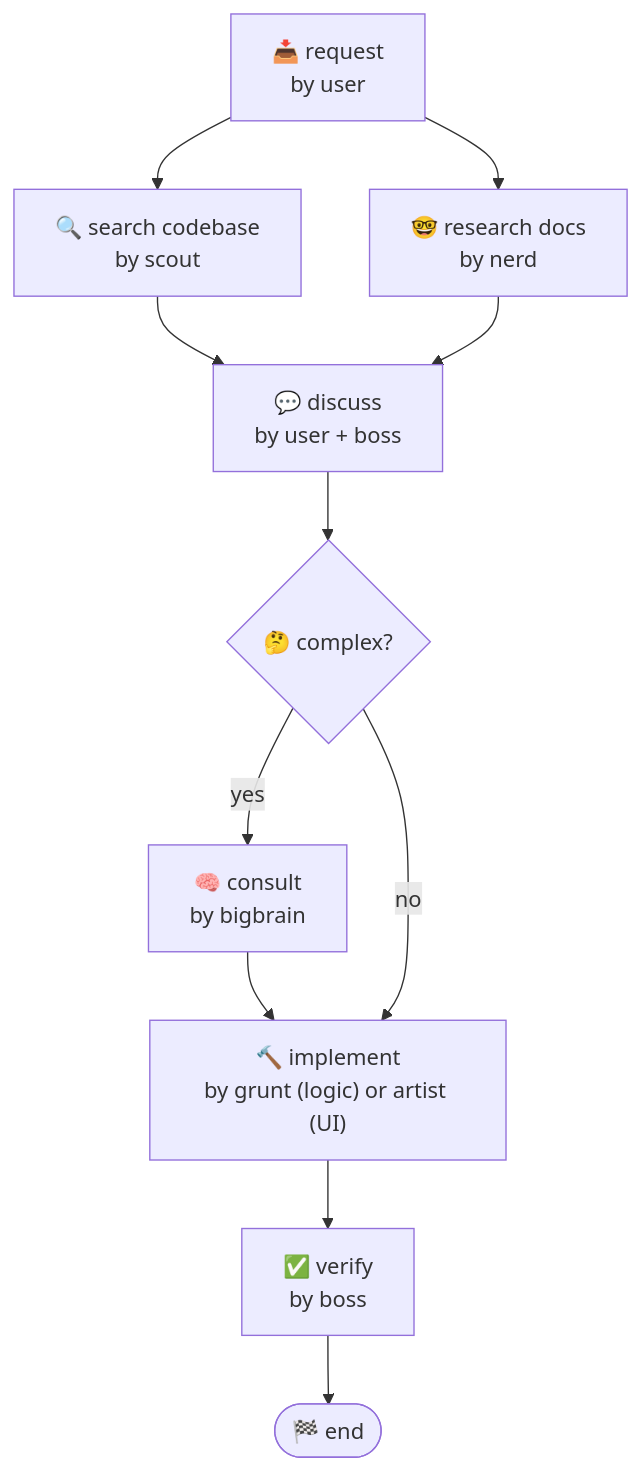
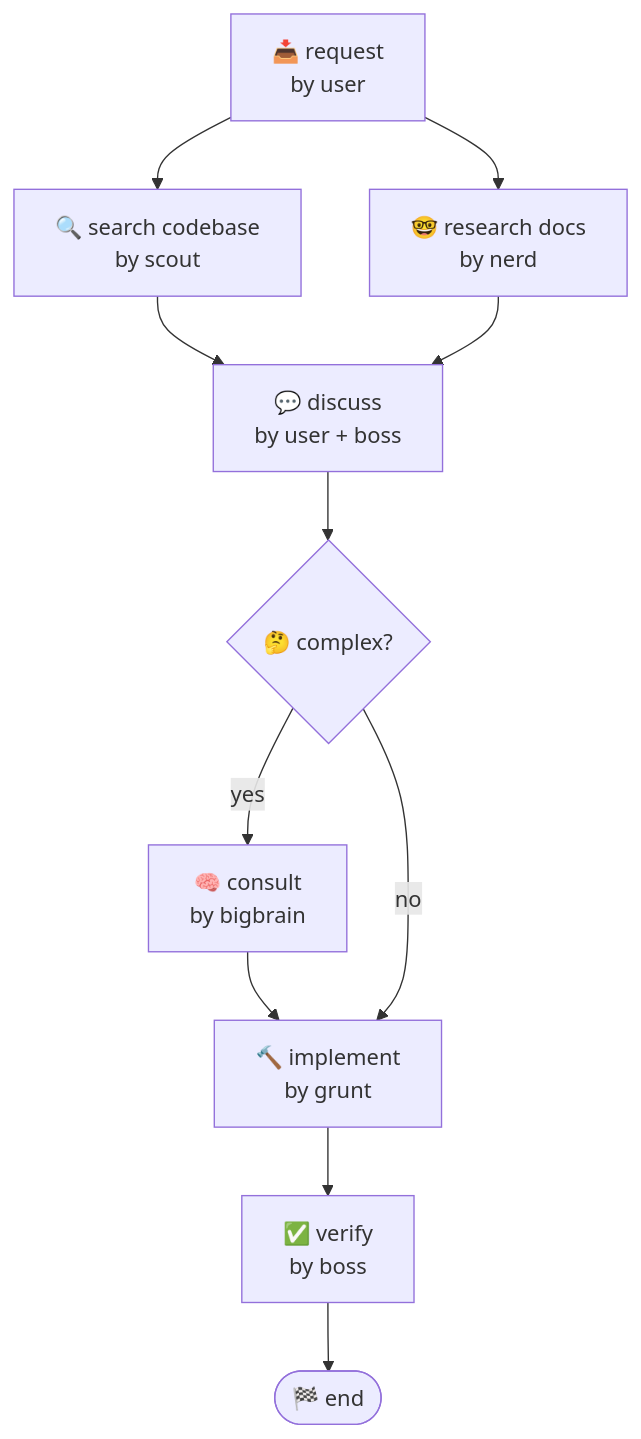
Before and after one commit to supagetto/README.ai: the first of 2 diagrams in README.md, drawn with Mermaid. The commit also changed other lines of this file and 5 other files, not shown here.

````diff
--- a/README.md
+++ b/README.md
@@ -37,13 +36,13 @@
 ```mermaid
 flowchart TD
     A["📥 request<br/>by user"] --> B["🔍 search codebase<br/>by scout"]
     A --> C["🤓 research docs<br/>by nerd"]
     B --> D["💬 discuss<br/>by user + boss"]
     C --> D
     D --> E{🤔 complex?}
     E -->|yes| F["🧠 consult<br/>by bigbrain"]
     F --> G
-    E -->|no| G["🔨 implement<br/>by grunt (logic) or artist (UI)"]
+    E -->|no| G["🔨 implement<br/>by grunt"]
     G --> H["✅ verify<br/>by boss"]
     H --> I(["🏁 end"])
 ```
````
